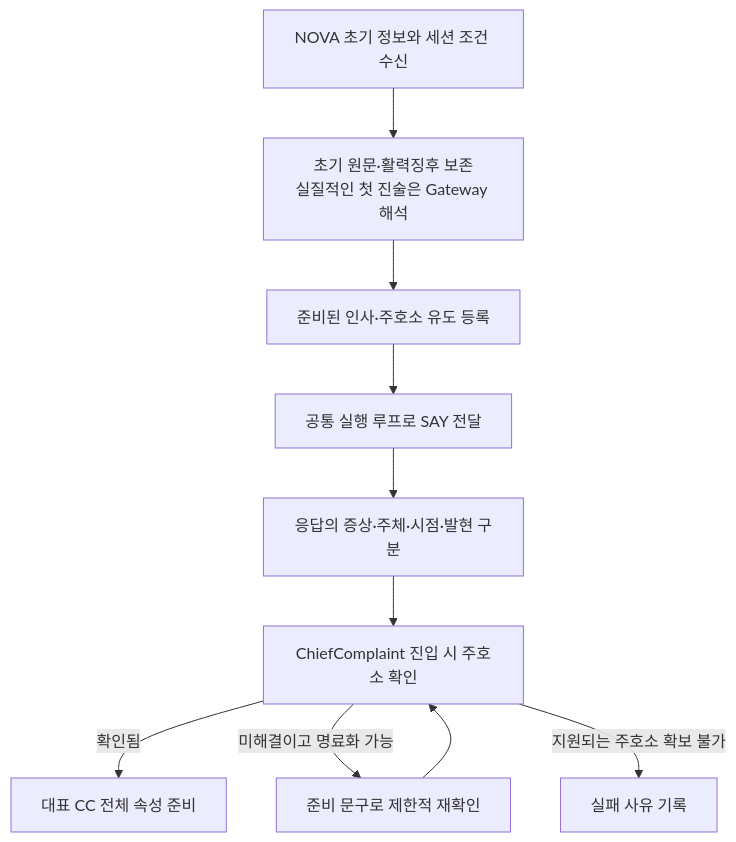
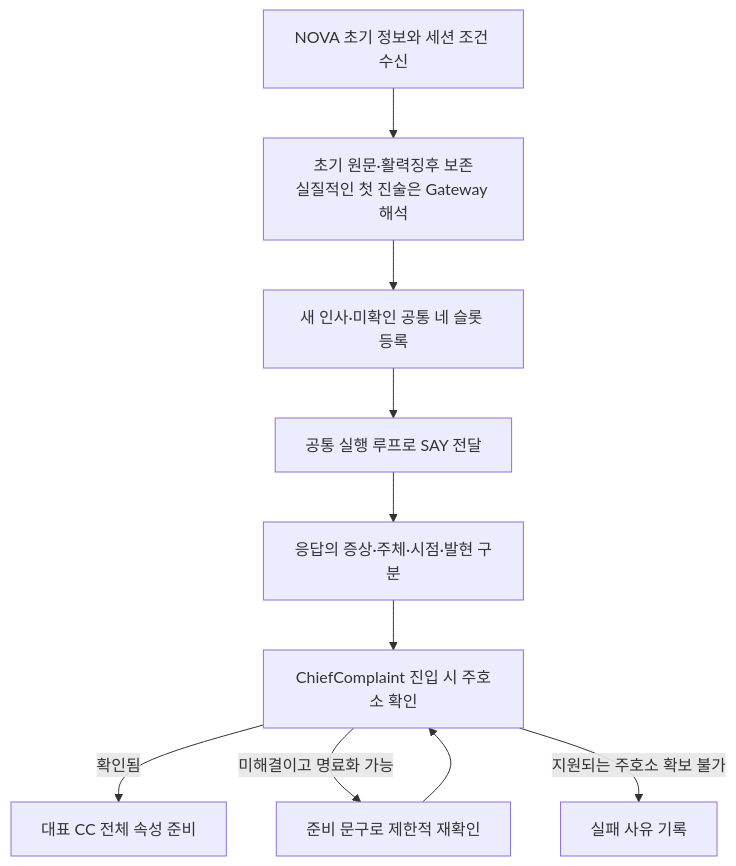
One commit to devRestain/Ontoward changed the second of 16 diagrams in submission/README.md. Above: the diagram before and after it, drawn with Mermaid. The commit also changed other lines of this file and 58 other files, not shown here.

````diff
--- a/submission/README.md
+++ b/submission/README.md
@@ -116,12 +120,12 @@
 ```mermaid
 flowchart TD
     I0["NOVA 초기 정보와 세션 조건 수신"] --> I1["초기 원문·활력징후 보존<br/>실질적인 첫 진술은 Gateway 해석"]
-    I1 --> I2["준비된 인사·주호소 유도 등록"]
+    I1 --> I2["새 인사·미확인 공통 네 슬롯 등록"]
     I2 --> I3["공통 실행 루프로 SAY 전달"]
     I3 --> I4["응답의 증상·주체·시점·발현 구분"]
     I4 --> I5["ChiefComplaint 진입 시 주호소 확인"]
     I5 -->|확인됨| I6["대표 CC 전체 속성 준비"]
     I5 -->|미해결이고 명료화 가능| I7["준비 문구로 제한적 재확인"]
     I7 --> I5
     I5 -->|지원되는 주호소 확보 불가| I8["실패 사유 기록"]
 ```
````
